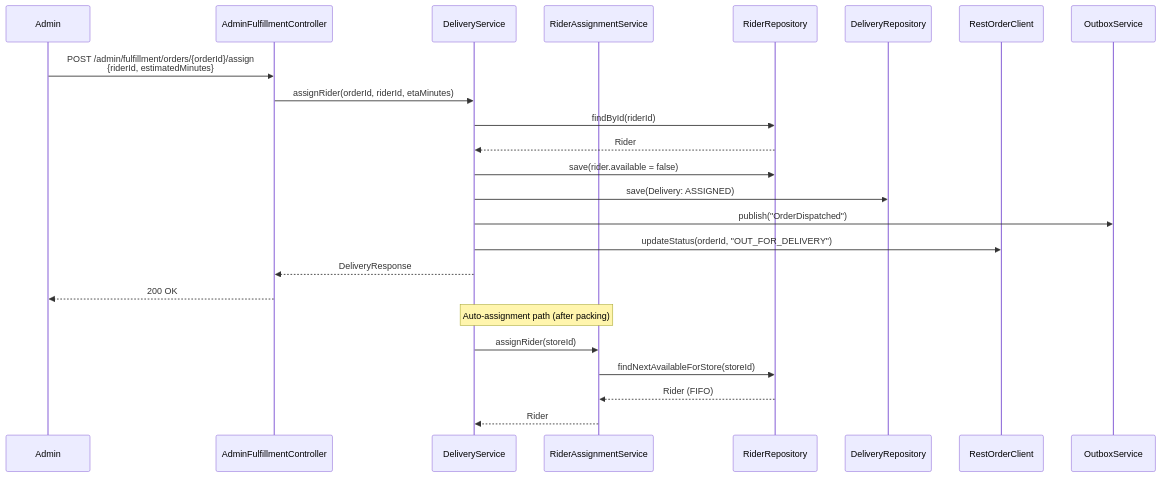
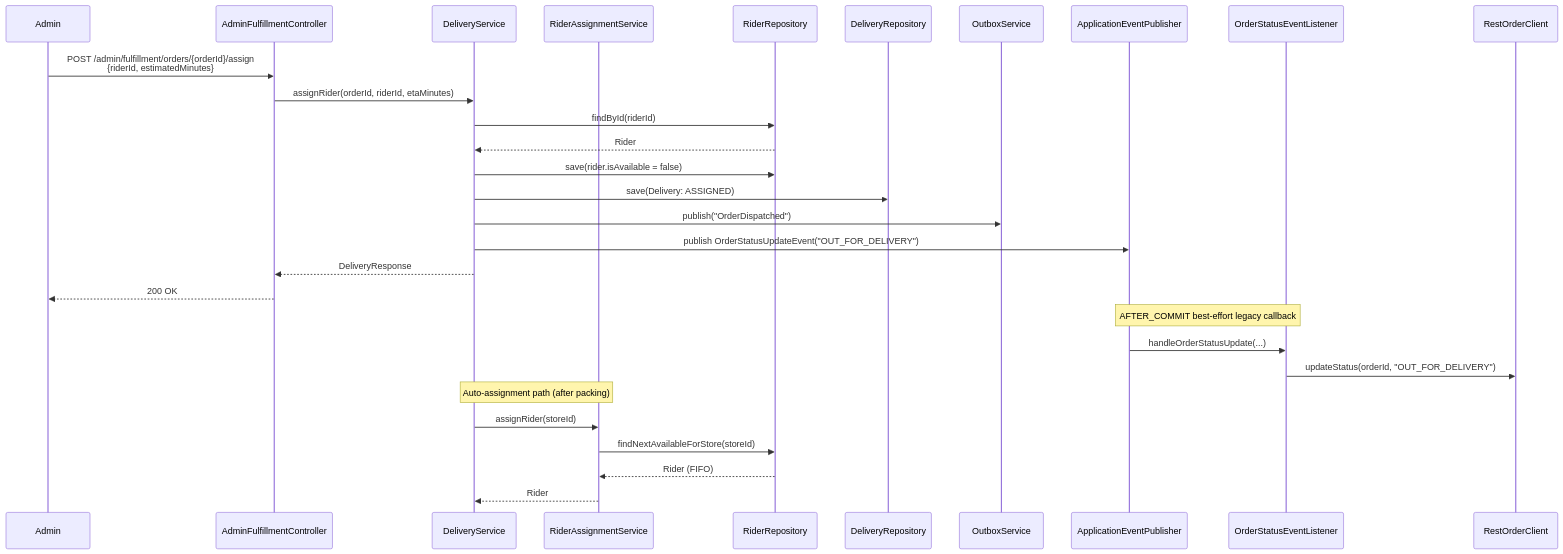
The fifth of 7 diagrams in services/fulfillment-service/README.md (sunitakeazycommerz-a11y/InstaCommerce), drawn with Mermaid before and after one commit. The commit also changed other lines of this file, not shown here.

````diff
--- a/services/fulfillment-service/README.md
+++ b/services/fulfillment-service/README.md
@@ -119,28 +124,34 @@
 ```mermaid
 sequenceDiagram
     participant Admin
     participant AdminController as AdminFulfillmentController
     participant DS as DeliveryService
     participant RAS as RiderAssignmentService
     participant RiderRepo as RiderRepository
     participant DeliveryRepo as DeliveryRepository
+    participant Outbox as OutboxService
+    participant EventBus as ApplicationEventPublisher
+    participant Listener as OrderStatusEventListener
     participant OrderClient as RestOrderClient
-    participant Outbox as OutboxService
 
     Admin->>AdminController: POST /admin/fulfillment/orders/{orderId}/assign<br/>{riderId, estimatedMinutes}
     AdminController->>DS: assignRider(orderId, riderId, etaMinutes)
     DS->>RiderRepo: findById(riderId)
     RiderRepo-->>DS: Rider
-    DS->>RiderRepo: save(rider.available = false)
+    DS->>RiderRepo: save(rider.isAvailable = false)
     DS->>DeliveryRepo: save(Delivery: ASSIGNED)
     DS->>Outbox: publish("OrderDispatched")
-    DS->>OrderClient: updateStatus(orderId, "OUT_FOR_DELIVERY")
+    DS->>EventBus: publish OrderStatusUpdateEvent("OUT_FOR_DELIVERY")
     DS-->>AdminController: DeliveryResponse
     AdminController-->>Admin: 200 OK
+
+    Note over EventBus,Listener: AFTER_COMMIT best-effort legacy callback
+    EventBus->>Listener: handleOrderStatusUpdate(...)
+    Listener->>OrderClient: updateStatus(orderId, "OUT_FOR_DELIVERY")
 
     Note over DS,RAS: Auto-assignment path (after packing)
     DS->>RAS: assignRider(storeId)
     RAS->>RiderRepo: findNextAvailableForStore(storeId)
     RiderRepo-->>RAS: Rider (FIFO)
     RAS-->>DS: Rider
 ```
````
